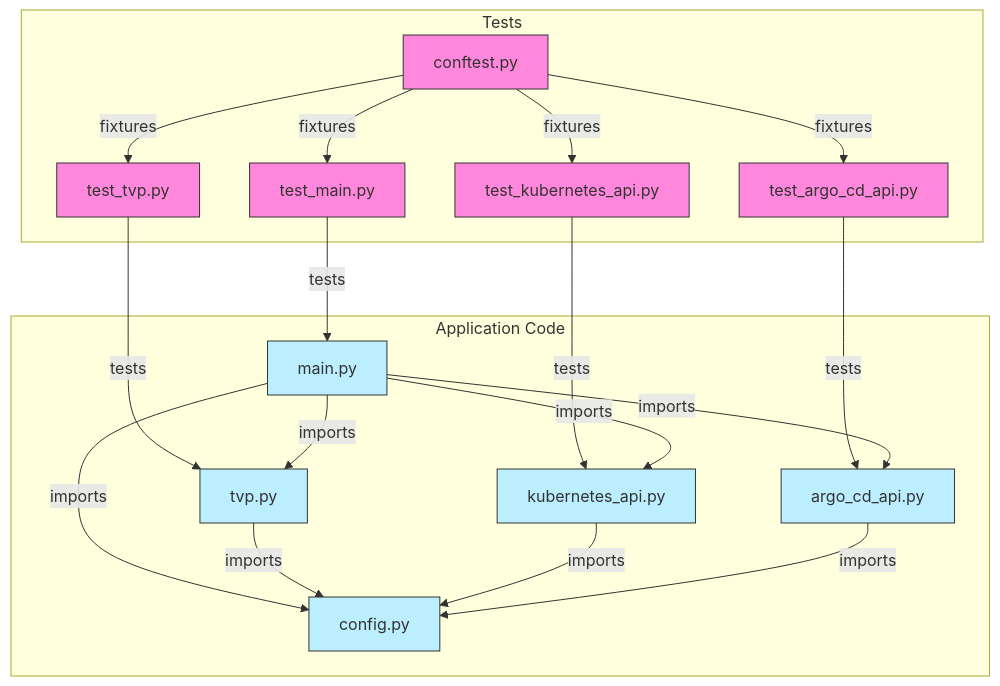
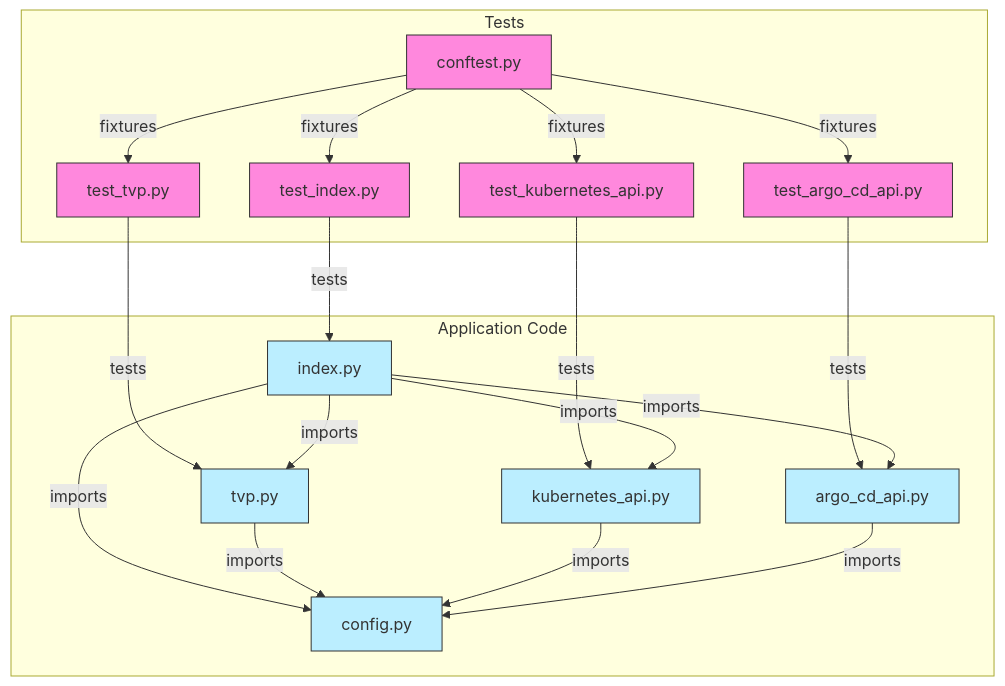
Before and after one commit to lloydchang/tvp-k8s: the diagram in api/mermaid/test-coverage-diagram.mermaid, drawn with Mermaid. The commit also changed 5 other files, not shown here.

```diff
--- a/api/mermaid/test-coverage-diagram.mermaid
+++ b/api/mermaid/test-coverage-diagram.mermaid
@@ -1,41 +1,41 @@
 flowchart TD
     subgraph Tests
         conftest[conftest.py]
-        test_main[test_main.py]
+        test_index[test_index.py]
         test_tvp[test_tvp.py]
         test_kubernetes[test_kubernetes_api.py]
         test_argo[test_argo_cd_api.py]
     end
 
     subgraph "Application Code"
-        main[main.py]
+        index[index.py]
         tvp[tvp.py]
         kubernetes[kubernetes_api.py]
         argo[argo_cd_api.py]
         config[config.py]
     end
 
-    conftest --> |fixtures| test_main
+    conftest --> |fixtures| test_index
     conftest --> |fixtures| test_tvp
     conftest --> |fixtures| test_kubernetes
     conftest --> |fixtures| test_argo
 
-    test_main --> |tests| main
+    test_index --> |tests| index
     test_tvp --> |tests| tvp
     test_kubernetes --> |tests| kubernetes
     test_argo --> |tests| argo
 
-    main --> |imports| tvp
-    main --> |imports| kubernetes
-    main --> |imports| argo
-    main --> |imports| config
+    index --> |imports| tvp
+    index --> |imports| kubernetes
+    index --> |imports| argo
+    index --> |imports| config
 
     tvp --> |imports| config
     kubernetes --> |imports| config
     argo --> |imports| config
 
     classDef testFile fill:#f8d,stroke:#333,stroke-width:1px
     classDef appFile fill:#bef,stroke:#333,stroke-width:1px
     
-    class conftest,test_main,test_tvp,test_kubernetes,test_argo testFile
-    class main,tvp,kubernetes,argo,config appFile
+    class conftest,test_index,test_tvp,test_kubernetes,test_argo testFile
+    class index,tvp,kubernetes,argo,config appFile
```
